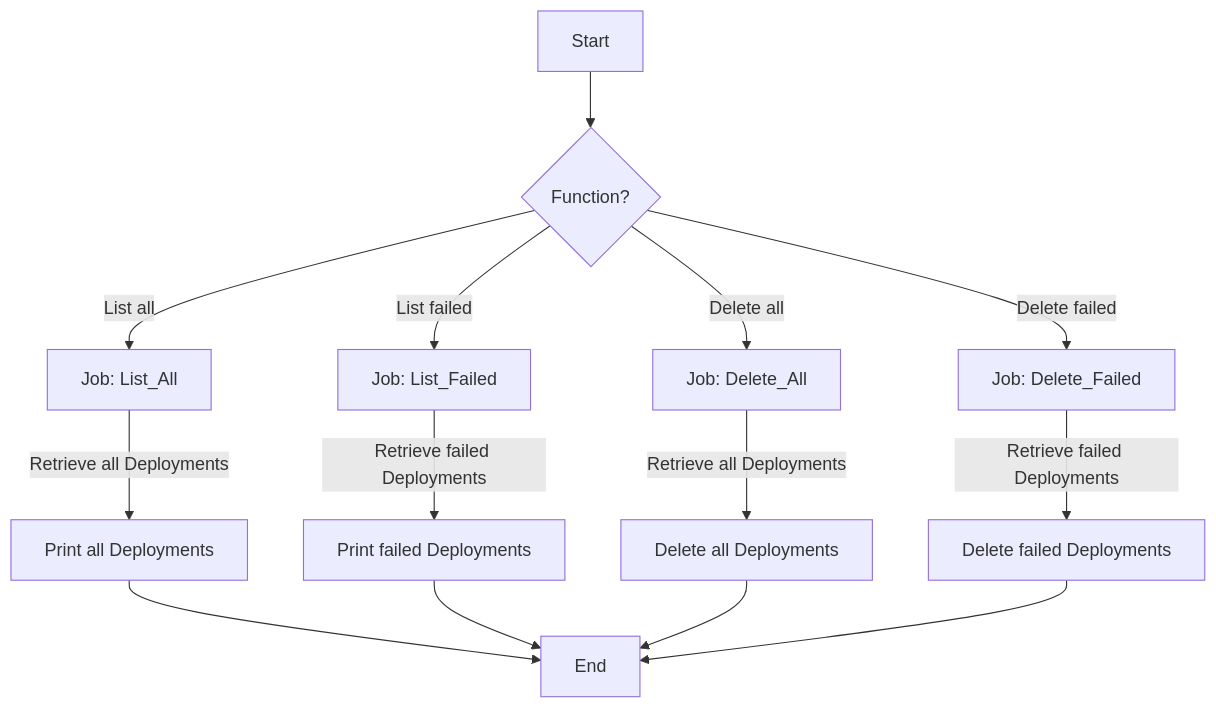
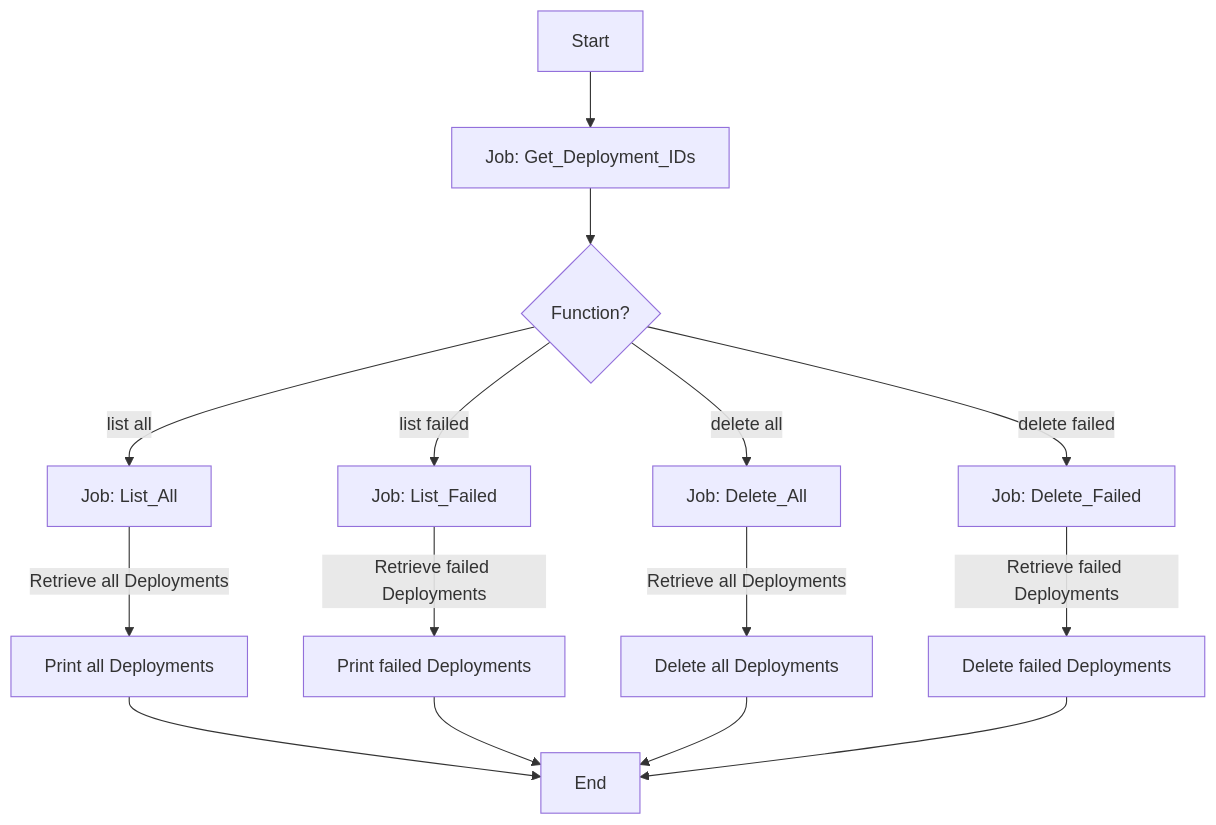
The diagram in _static/_posts/2024-03-32-GitHub-Workflow-Deployment.md (dennykorsukewitz/dennykorsukewitz.github.io), drawn with Mermaid before and after one commit. The commit also changed other lines of this file and 1 other file, not shown here.

Commit message:
Updated GitHub-Workflow-Workflow.md post.

````diff
--- a/_static/_posts/2024-03-32-GitHub-Workflow-Deployment.md
+++ b/_static/_posts/2024-03-32-GitHub-Workflow-Deployment.md
@@ -17,16 +17,17 @@
 ```mermaid
 graph TD
-    A[Start] --> B{Function?}
-    B -->|List all| C[Job: List_All]
-    B -->|List failed| D[Job: List_Failed]
-    B -->|Delete all| E[Job: Delete_All]
-    B -->|Delete failed| F[Job: Delete_Failed]
-    C -->|Retrieve all Deployments| C1[Print all Deployments]
-    D -->|Retrieve failed Deployments| D1[Print failed Deployments]
-    E -->|Retrieve all Deployments| E1[Delete all Deployments]
-    F -->|Retrieve failed Deployments| F1[Delete failed Deployments]
-    C1 --> G[End]
-    D1 --> G
-    E1 --> G
-    F1 --> G
+    A[Start] --> B[Job: Get_Deployment_IDs]
+    B --> C{Function?}
+    C -->|list all| LA[Job: List_All]
+    C -->|list failed| LF[Job: List_Failed]
+    C -->|delete all| DA[Job: Delete_All]
+    C -->|delete failed| DF[Job: Delete_Failed]
+    LA -->|Retrieve all Deployments| LA1[Print all Deployments ]
+    LF -->|Retrieve failed Deployments| LF1[Print failed Deployments ]
+    DA -->|Retrieve all Deployments| DA1[Delete all Deployments]
+    DF -->|Retrieve failed Deployments| DF1[Delete failed Deployments]
+    LA1 --> G[End]
+    LF1 --> G
+    DA1 --> G
+    DF1 --> G
 ```
````
